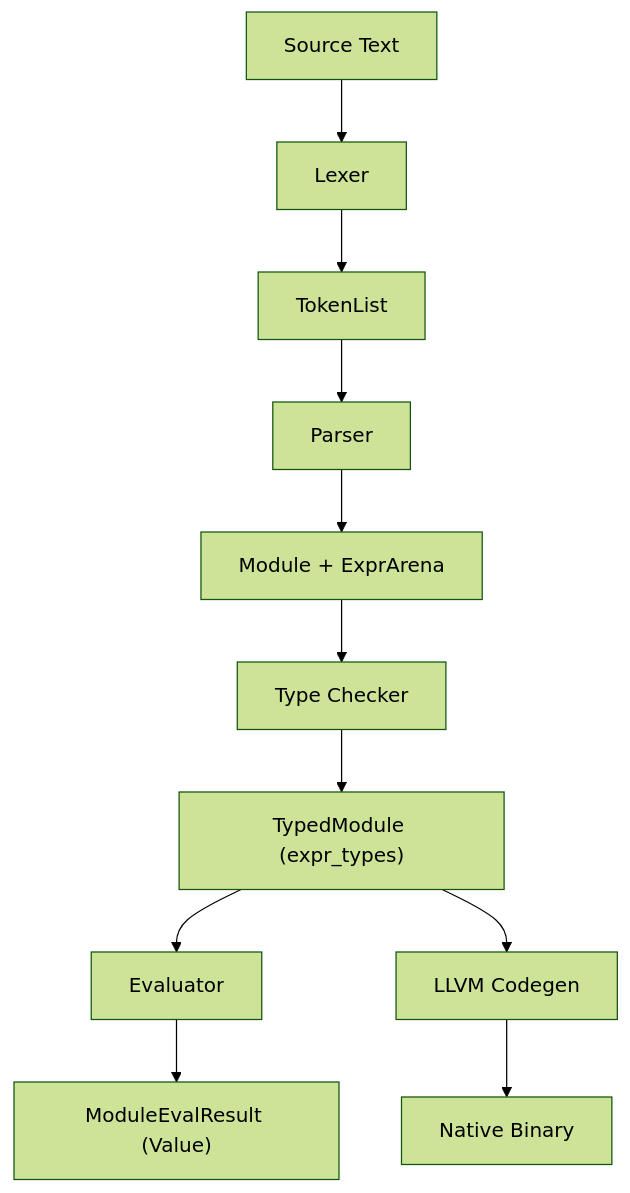
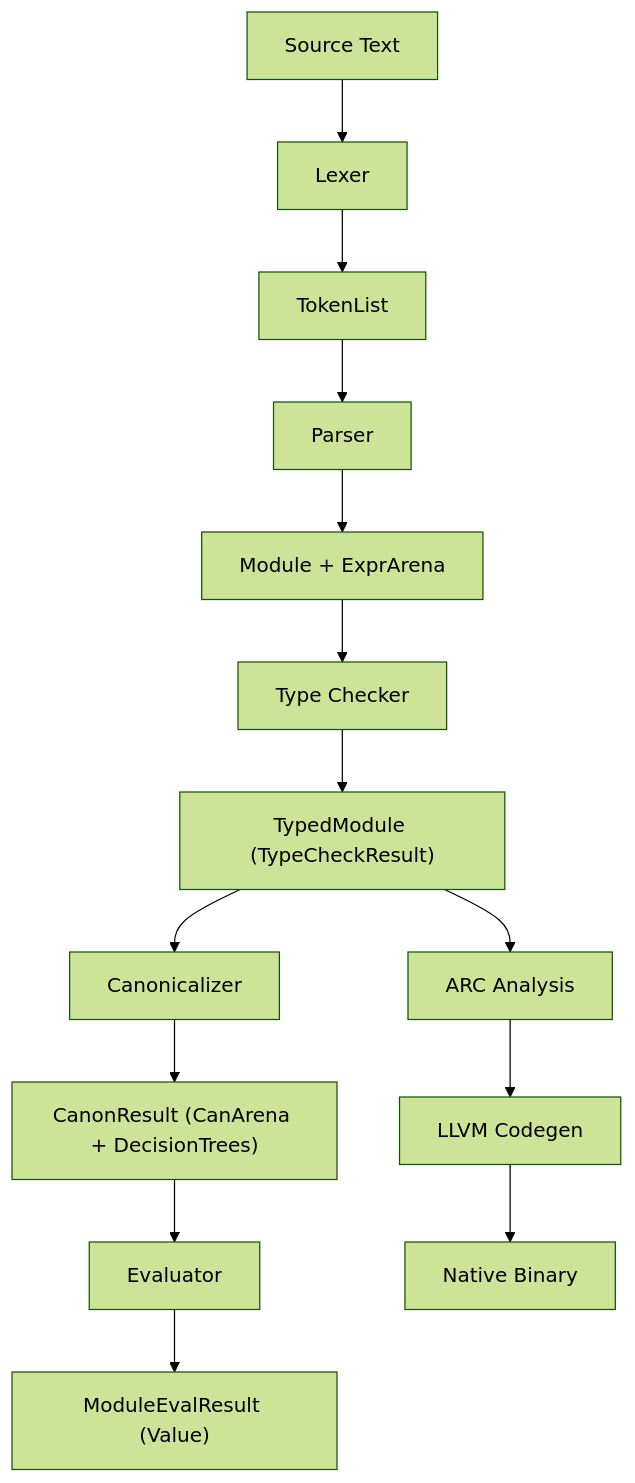
One commit to upstat-io/ori-lang changed the first of 2 diagrams in docs/compiler/design/01-architecture/data-flow.md. Above: the diagram before and after it, drawn with Mermaid (forest theme). The commit also changed other lines of this file and 202 other files, not shown here.

````diff
--- a/docs/compiler/design/01-architecture/data-flow.md
+++ b/docs/compiler/design/01-architecture/data-flow.md
@@ -14,13 +14,16 @@
 ```mermaid
 flowchart TB
     A["Source Text"] --> B["Lexer"]
     B --> C["TokenList"]
     C --> D["Parser"]
     D --> E["Module + ExprArena"]
     E --> F["Type Checker"]
-    F --> G["TypedModule (expr_types)"]
-    G --> H["Evaluator"]
-    H --> I["ModuleEvalResult (Value)"]
-    G --> J["LLVM Codegen"]
-    J --> K["Native Binary"]
+    F --> G["TypedModule (TypeCheckResult)"]
+    G --> H["Canonicalizer"]
+    H --> I["CanonResult (CanArena + DecisionTrees)"]
+    I --> J["Evaluator"]
+    J --> K["ModuleEvalResult (Value)"]
+    G --> L["ARC Analysis"]
+    L --> M["LLVM Codegen"]
+    M --> N["Native Binary"]
 ```
````
